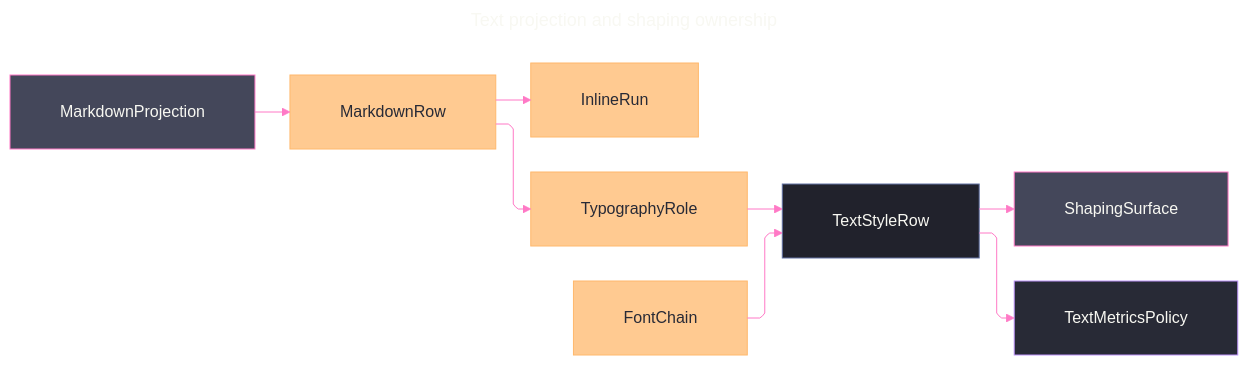
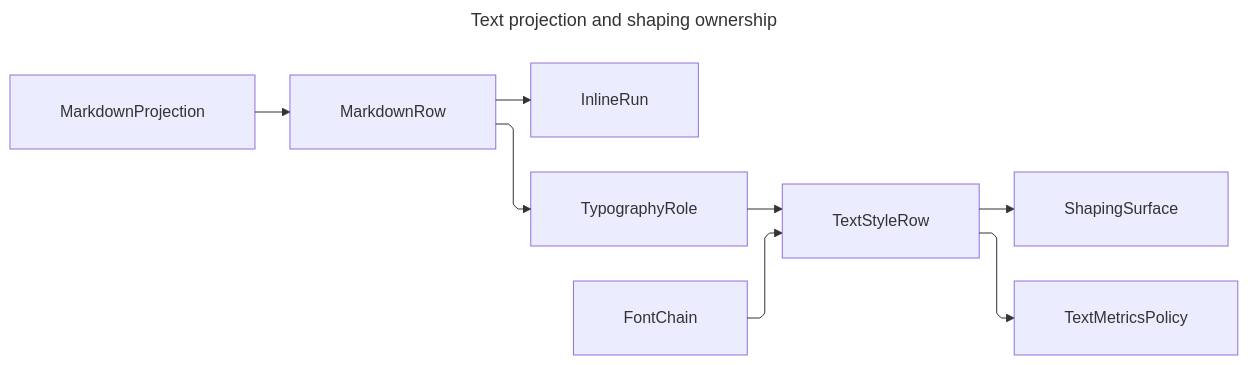
One commit to bsamiee/Rasm changed the diagram in libs/csharp/Rasm.AppUi/.planning/Theme/typography.md. Above: the diagram before and after it, drawn with Mermaid. The commit also changed 324 other files, not shown here.

````diff
--- a/libs/csharp/Rasm.AppUi/.planning/Theme/typography.md
+++ b/libs/csharp/Rasm.AppUi/.planning/Theme/typography.md
@@ -418,58 +418,27 @@
 ```mermaid
 ---
 title: Text projection and shaping ownership
 config:
-  theme: base
-  look: classic
   layout: elk
   htmlLabels: true
   markdownAutoWrap: false
   deterministicIds: true
   elk:
     nodePlacementStrategy: NETWORK_SIMPLEX
     considerModelOrder: NODES_AND_EDGES
   flowchart:
     curve: linear
     defaultRenderer: elk
     padding: 25
-  themeVariables:
-    darkMode: true
-    fontFamily: "SF Mono, Menlo, Cascadia Mono, Segoe UI Mono, Consolas, monospace"
-    useGradient: false
-    dropShadow: "none"
-    background: "#282A36"
-    mainBkg: "#44475A"
-    primaryColor: "#44475A"
-    primaryTextColor: "#F8F8F2"
-    primaryBorderColor: "#BD93F9"
-    nodeBorder: "#BD93F9"
-    lineColor: "#FF79C6"
-    arrowheadColor: "#FF79C6"
-    textColor: "#F8F8F2"
-    titleColor: "#D6BCFA"
-    clusterBkg: "#21222C"
-    clusterBorder: "#D6BCFA"
-    edgeLabelBackground: "#21222C"
-    labelBackgroundColor: "#21222C"
-  themeCSS: ".nodeLabel{font-size:13px;font-weight:500}.edgeLabel{font-size:12px;font-weight:500}.cluster-label .nodeLabel{font-size:13.5px;font-weight:700;letter-spacing:.08em}.edge-thickness-normal{stroke-width:2px}.edge-thickness-thick{stroke-width:3px}.edge-pattern-dashed,.edge-pattern-dotted{stroke-width:1.5px;stroke-dasharray:4 6}.node rect,.node circle,.node polygon,.node path,.node .outer-path{stroke-width:1.5px;filter:none!important}.cluster rect{stroke-width:1px!important;stroke-dasharray:5 4!important;filter:none!important}.marker path{transform:scale(.8);transform-origin:5px 5px}.marker circle{transform:scale(.48);transform-origin:5px 5px}.edgeLabel rect{transform-box:fill-box;transform-origin:center;transform:scale(1.1,1.2)}"
 ---
 flowchart LR
     accTitle: Text projection and shaping ownership
     accDescr: Markdown syntax folds into lossless rows and inline runs while typography roles and font chains resolve the style that feeds shaping and shaped-run measurement.
     MarkdownProjection --> MarkdownRow
     MarkdownRow --> InlineRun
     MarkdownRow --> TypographyRole
     TypographyRole --> TextStyleRow
     FontChain --> TextStyleRow
     TextStyleRow --> ShapingSurface
     TextStyleRow --> TextMetricsPolicy
-    linkStyle default stroke:#FF79C6,color:#F8F8F2
-    classDef primary fill:#44475A,stroke:#FF79C6,color:#F8F8F2
-    classDef boundary fill:#282A36,stroke:#BD93F9,color:#F8F8F2
-    classDef data fill:#FFB86CBF,stroke:#FFB86C,color:#282A36
-    classDef recessed fill:#21222C,stroke:#6272A4,color:#F8F8F2
-    class MarkdownProjection,ShapingSurface primary
-    class MarkdownRow,InlineRun,TypographyRole,FontChain data
-    class TextStyleRow recessed
-    class TextMetricsPolicy boundary
 ```
````
